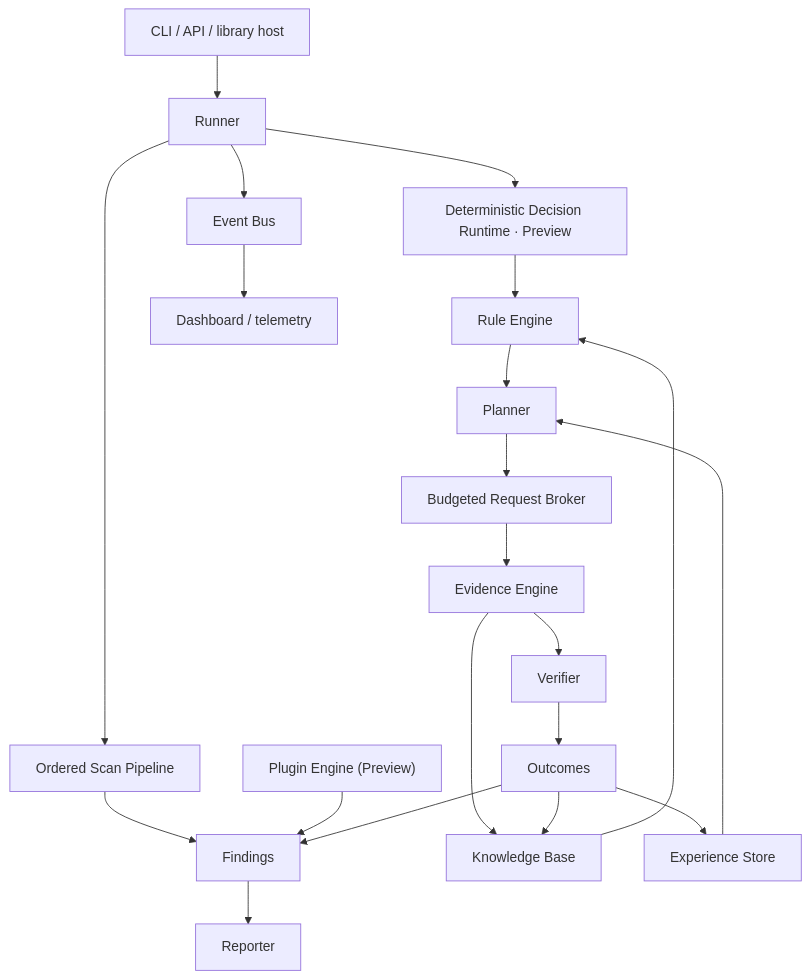
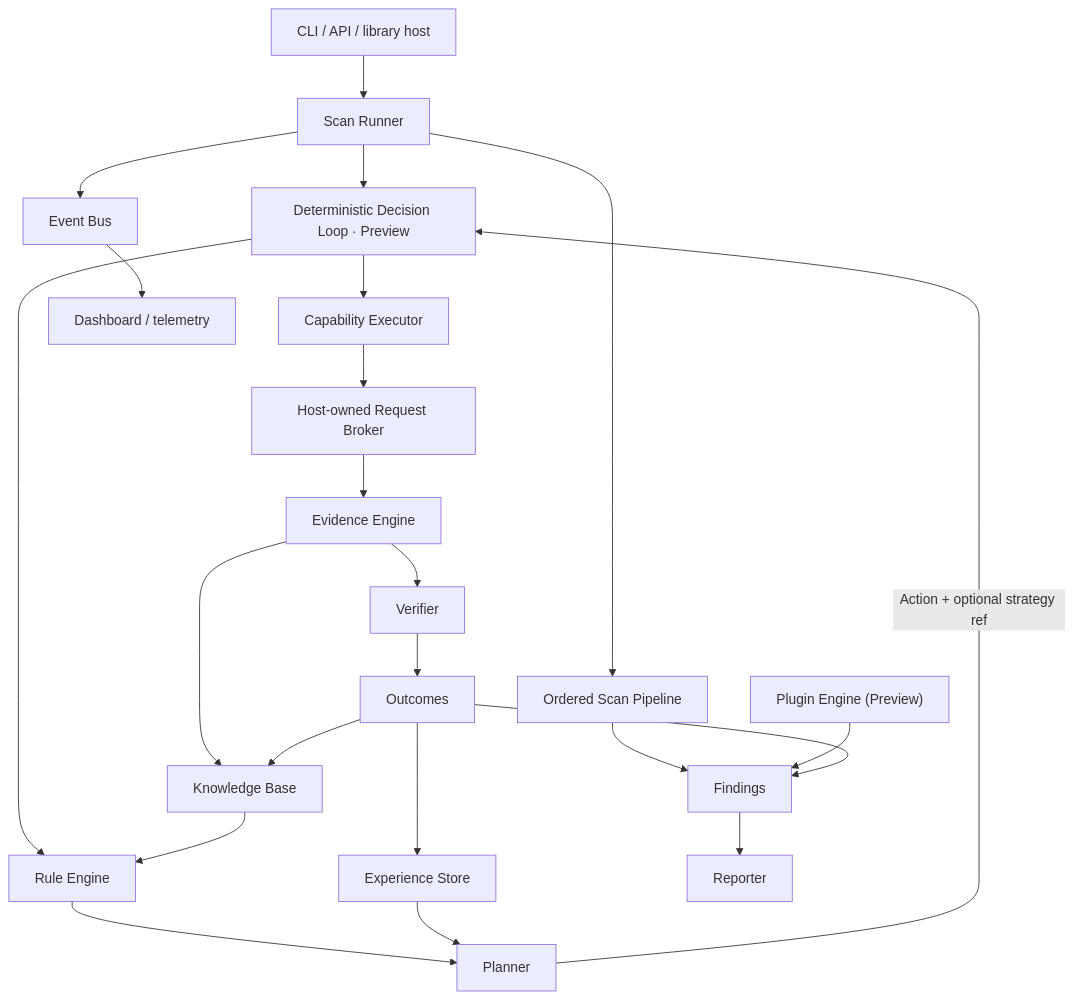
The first of 2 diagrams in README.md (ITherso/termivar), drawn with Mermaid before and after one commit. The commit also changed other lines of this file and 40 other files, not shown here.

````diff
--- a/README.md
+++ b/README.md
@@ -28,23 +30,25 @@
 ```mermaid
 flowchart TD
-    Host["CLI / API / library host"] --> Runner
-    Runner --> Pipeline["Ordered Scan Pipeline"]
-    Runner --> Decision["Deterministic Decision Runtime · Preview"]
+    Host["CLI / API / library host"] --> ScanRunner["Scan Runner"]
+    ScanRunner --> Pipeline["Ordered Scan Pipeline"]
+    ScanRunner --> Decision["Deterministic Decision Loop · Preview"]
     Pipeline --> Findings
     Plugins["Plugin Engine (Preview)"] --> Findings
     Decision --> Rules["Rule Engine"]
     Knowledge["Knowledge Base"] --> Rules
     Rules --> Planner
     Experience["Experience Store"] --> Planner
-    Planner --> Broker["Budgeted Request Broker"]
+    Planner -->|"Action + optional strategy ref"| Decision
+    Decision --> Executor["Capability Executor"]
+    Executor --> Broker["Host-owned Request Broker"]
     Broker --> Evidence["Evidence Engine"]
     Evidence --> Knowledge
     Evidence --> Verifier
     Verifier --> Outcomes
     Outcomes --> Knowledge
     Outcomes --> Experience
     Outcomes --> Findings
-    Runner --> Events["Event Bus"]
+    ScanRunner --> Events["Event Bus"]
     Findings --> Reporter
     Events --> Observers["Dashboard / telemetry"]
 ```
````
